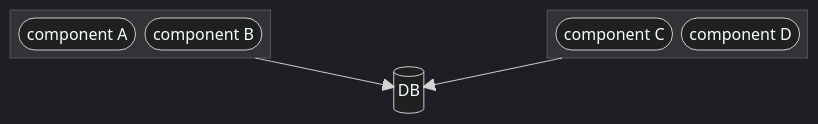
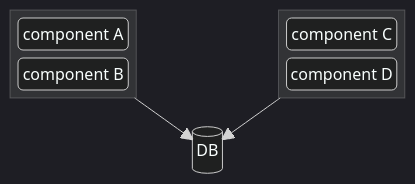
One commit to Copystrike/slides-ict-architecture changed the second of 7 diagrams in theorieles 3/index.md. Above: the diagram before and after it, drawn with Mermaid. The commit also changed other lines of this file and 2 other files, not shown here.

Commit message:
Fix diagram text size. Scrolling behavior is hard to fix because Reveal does a whole bunch of transforms and units like vw or vh don't act as expected.

```diff
--- a/theorieles 3/index.md
+++ b/theorieles 3/index.md
@@ -71,17 +97,19 @@
 <div class="mermaid">
 %%{init: {'theme': 'dark', 'themeVariables': { 'darkMode': true }}}%%
 block-beta
 columns 3
   block:service1
-    A(["component A"])
-    B(["component B"])
+    columns 1
+    A("component A")
+    B("component B")
   end
   space
   block:service2
-    C(["component C"])
-    D(["component D"])
+    columns 1
+    C("component C")
+    D("component D")
   end
   space Database[("DB")] space
   service1-->Database
   service2-->Database
 </div>
```
